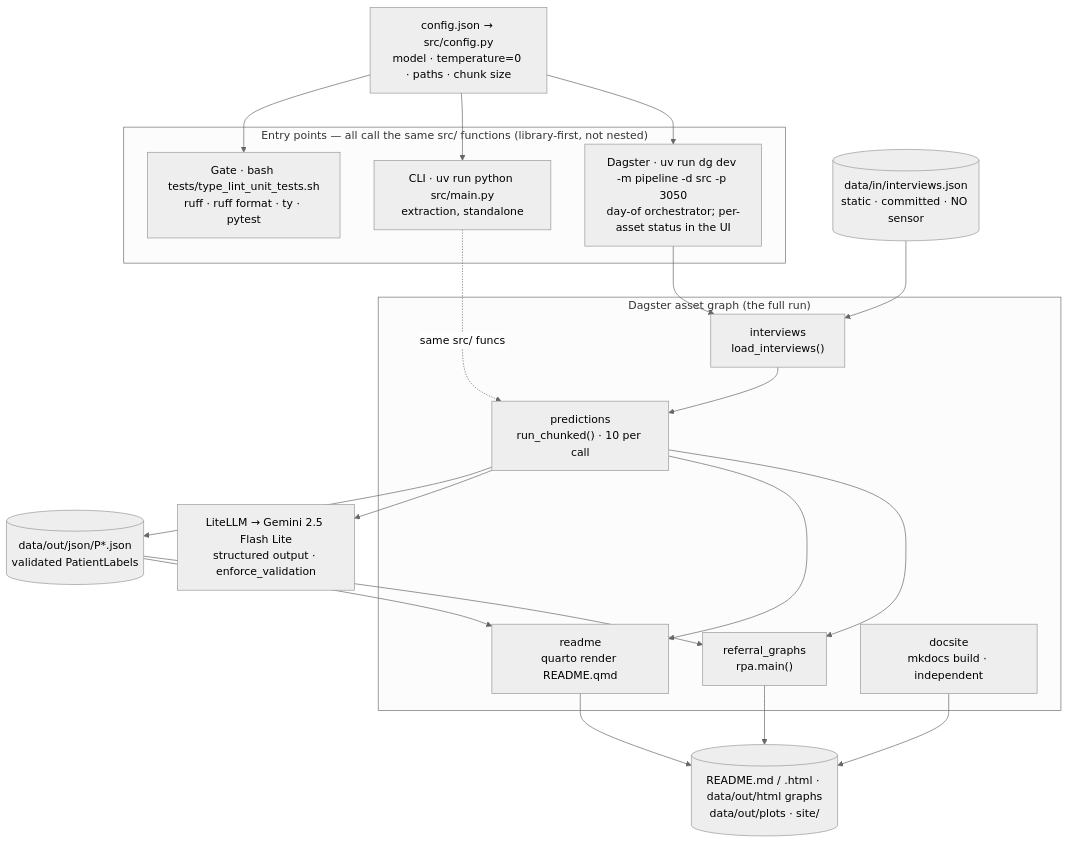
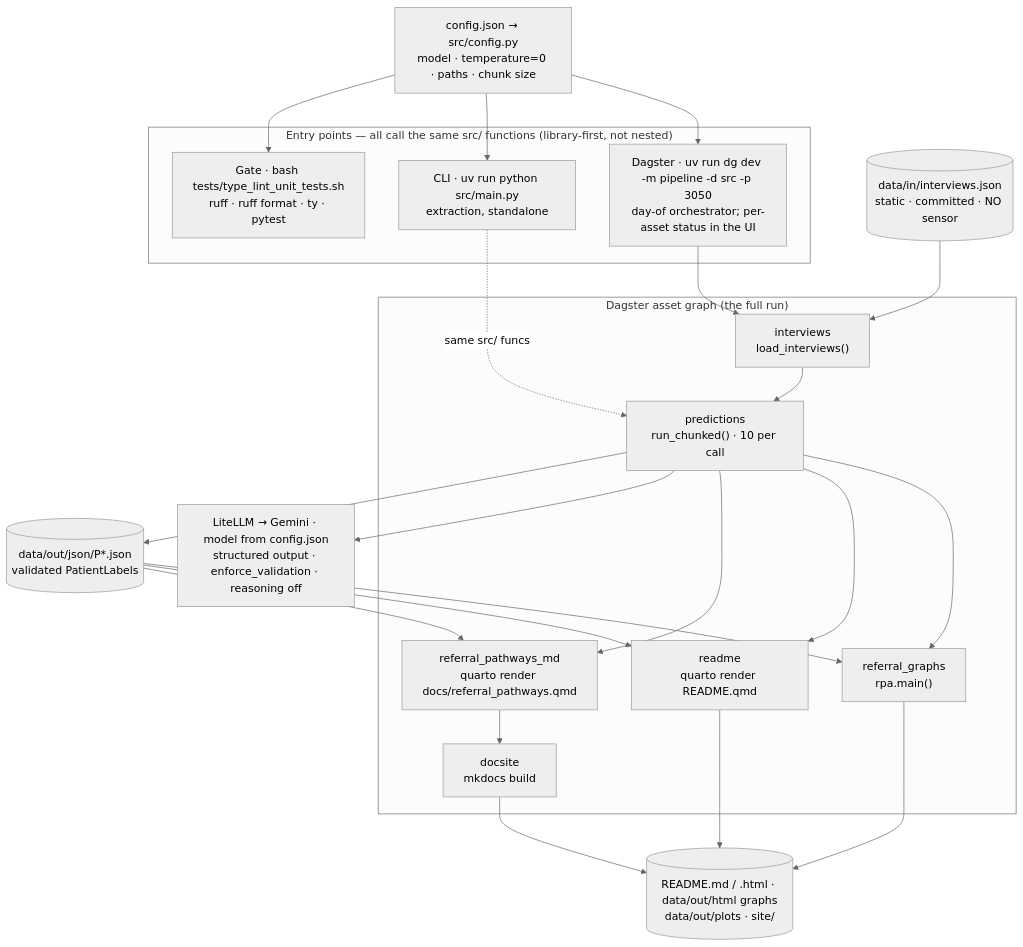
One commit to carecodeconnect/crohnicity changed the diagram in docs/SYSTEM_DESIGN.md. Above: the diagram before and after it, drawn with Mermaid. The commit also changed other lines of this file and 136 other files, not shown here.

Commit message:
final updated rendering of README after updating to gemini-2.5-flash model to handle API errors

````diff
--- a/docs/SYSTEM_DESIGN.md
+++ b/docs/SYSTEM_DESIGN.md
@@ -18,40 +20,43 @@
 ``` mermaid
 %%{init: {'theme':'neutral'}}%%
 flowchart TB
     cfg["config.json → src/config.py<br/>model · temperature=0 · paths · chunk size"]
 
     subgraph entry["Entry points — all call the same src/ functions (library-first, not nested)"]
         dgr["Dagster · uv run dg dev -m pipeline -d src -p 3050<br/>day-of orchestrator; per-asset status in the UI"]
         cli["CLI · uv run python src/main.py<br/>extraction, standalone"]
         gate["Gate · bash tests/type_lint_unit_tests.sh<br/>ruff · ruff format · ty · pytest"]
     end
 
     subgraph dag["Dagster asset graph (the full run)"]
         interviews["interviews<br/>load_interviews()"]
         predictions["predictions<br/>run_chunked() · 10 per call"]
         referral["referral_graphs<br/>rpa.main()"]
         rdme["readme<br/>quarto render README.qmd"]
-        docsite["docsite<br/>mkdocs build · independent"]
+        rpmd["referral_pathways_md<br/>quarto render docs/referral_pathways.qmd"]
+        docsite["docsite<br/>mkdocs build"]
         interviews --> predictions --> referral
         predictions --> rdme
+        predictions --> rpmd --> docsite
     end
 
     indata[("data/in/interviews.json<br/>static · committed · NO sensor")]
-    gemini["LiteLLM → Gemini 2.5 Flash Lite<br/>structured output · enforce_validation"]
+    gemini["LiteLLM → Gemini · model from config.json<br/>structured output · enforce_validation · reasoning off"]
     outjson[("data/out/json/P*.json<br/>validated PatientLabels")]
     arte[("README.md / .html · data/out/html graphs<br/>data/out/plots · site/")]
 
     cfg --> dgr
     cfg --> cli
     cfg --> gate
     dgr --> interviews
     cli -. same src/ funcs .-> predictions
     indata --> interviews
     predictions --> gemini
     predictions --> outjson
     outjson --> referral
     outjson --> rdme
+    outjson --> rpmd
     referral --> arte
     rdme --> arte
     docsite --> arte
 ```
````
